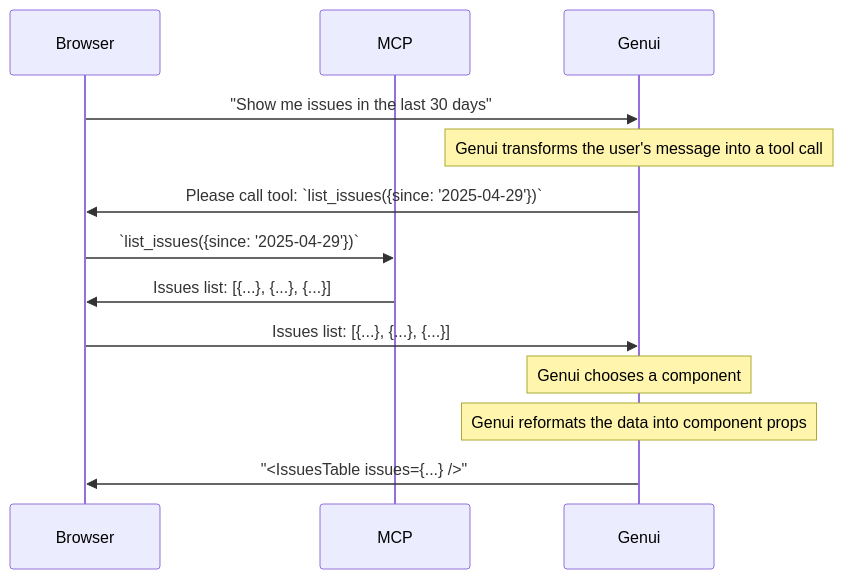
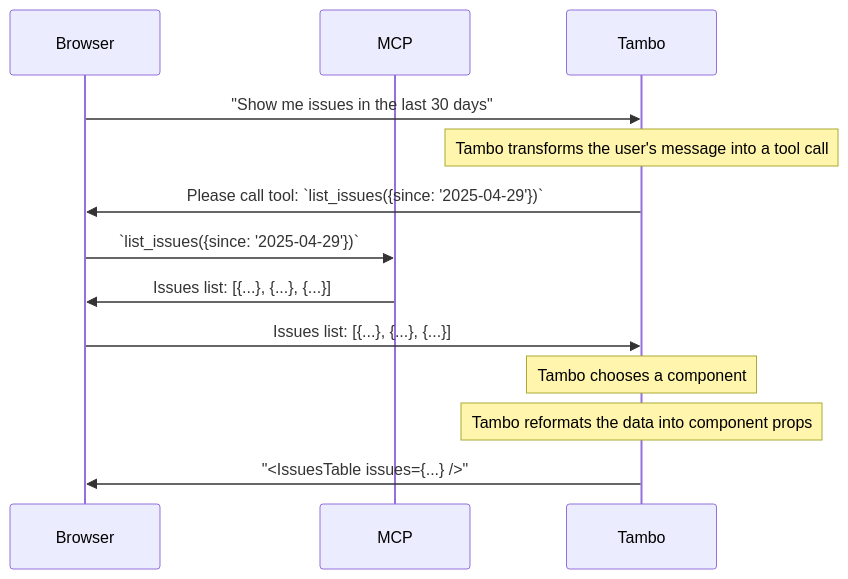
Before and after one commit to awardsapp/tambo-genui: the diagram in docs/content/docs/concepts/model-context-protocol/index.mdx, drawn with Mermaid. The commit also changed other lines of this file and 1111 other files, not shown here.

````diff
--- a/docs/content/docs/concepts/model-context-protocol/index.mdx
+++ b/docs/content/docs/concepts/model-context-protocol/index.mdx
@@ -57,16 +57,16 @@
 ```mermaid
 sequenceDiagram
     participant Browser
     participant MCP
-    participant Genui
+    participant Tambo
 
-    Browser->>Genui: "Show me issues in the last 30 days"
-    Note over Genui: Genui transforms the user's message into a tool call
-    Genui->>Browser: Please call tool: `list_issues({since: '2025-04-29'})`
+    Browser->>Tambo: "Show me issues in the last 30 days"
+    Note over Tambo: Tambo transforms the user's message into a tool call
+    Tambo->>Browser: Please call tool: `list_issues({since: '2025-04-29'})`
     Browser->>MCP: `list_issues({since: '2025-04-29'})`
     MCP->>Browser: Issues list: [{...}, {...}, {...}]
-    Browser->>Genui: Issues list: [{...}, {...}, {...}]
-    Note over Genui: Genui chooses a component
-    Note over Genui: Genui reformats the data into component props
-    Genui->>Browser: "<IssuesTable issues={...} />"
+    Browser->>Tambo: Issues list: [{...}, {...}, {...}]
+    Note over Tambo: Tambo chooses a component
+    Note over Tambo: Tambo reformats the data into component props
+    Tambo->>Browser: "<IssuesTable issues={...} />"
 ```
````
